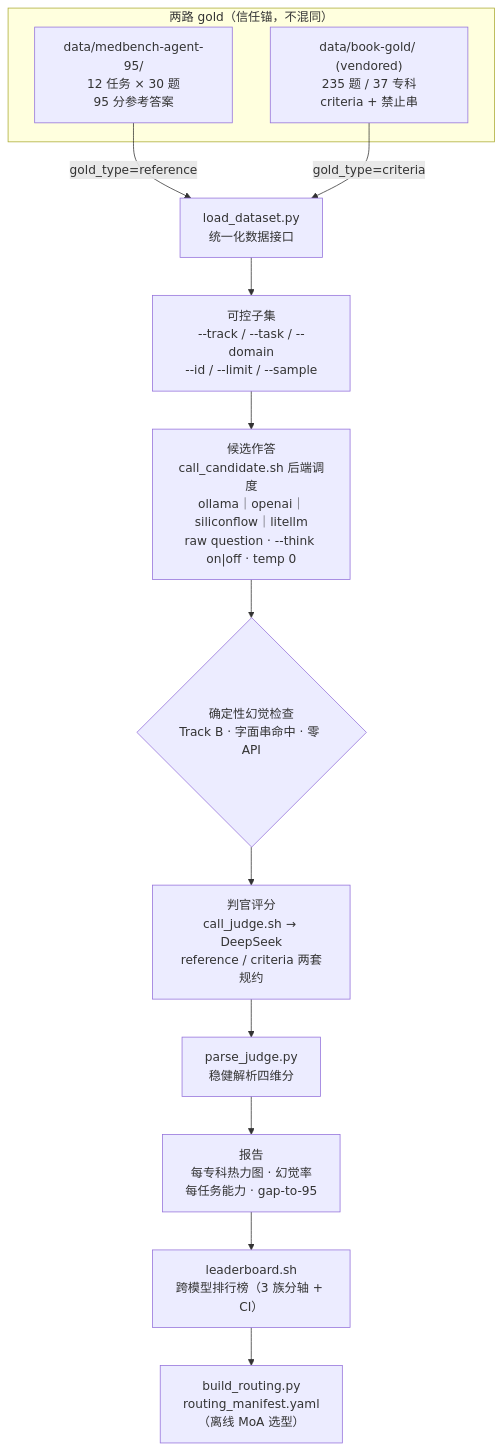
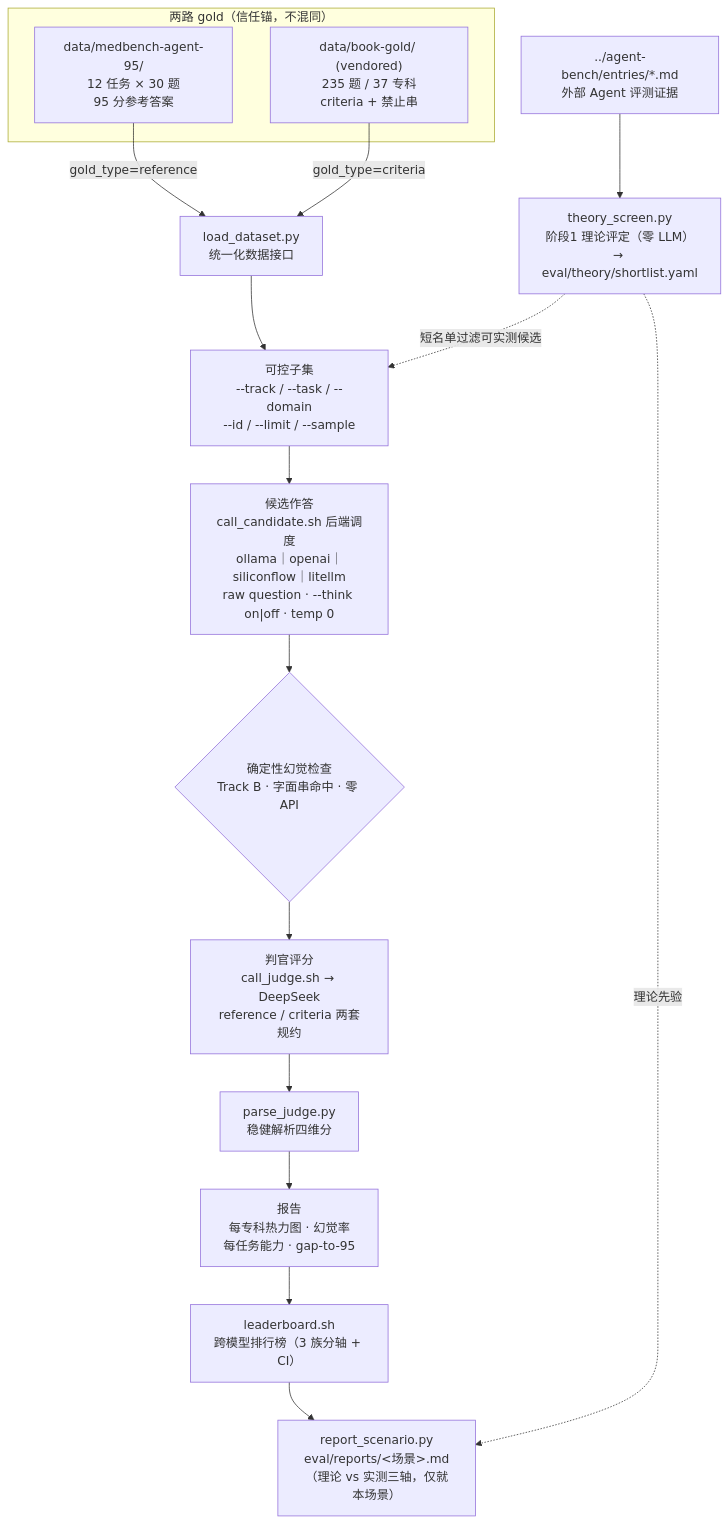
Before and after one commit to chenhaodev/med-agent-verifier: the diagram in README.md, drawn with Mermaid. The commit also changed other lines of this file and 17 other files, not shown here.

````diff
--- a/README.md
+++ b/README.md
@@ -223,17 +233,20 @@
 ```mermaid
 flowchart TB
     subgraph GOLD["两路 gold（信任锚，不混同）"]
         A["data/medbench-agent-95/<br/>12 任务 × 30 题<br/>95 分参考答案"]
         B["data/book-gold/ (vendored)<br/>235 题 / 37 专科<br/>criteria + 禁止串"]
     end
     A -->|gold_type=reference| L["load_dataset.py<br/>统一化数据接口"]
     B -->|gold_type=criteria| L
     L --> SEL["可控子集<br/>--track / --task / --domain<br/>--id / --limit / --sample"]
     SEL --> RUN["候选作答<br/>call_candidate.sh 后端调度<br/>ollama｜openai｜siliconflow｜litellm<br/>raw question · --think on|off · temp 0"]
     RUN --> HC{"确定性幻觉检查<br/>Track B · 字面串命中 · 零 API"}
     HC --> JUDGE["判官评分<br/>call_judge.sh → DeepSeek<br/>reference / criteria 两套规约"]
     JUDGE --> PARSE["parse_judge.py<br/>稳健解析四维分"]
     PARSE --> REP["报告<br/>每专科热力图 · 幻觉率<br/>每任务能力 · gap-to-95"]
+    AB["../agent-bench/entries/*.md<br/>外部 Agent 评测证据"] --> TH["theory_screen.py<br/>阶段1 理论评定（零 LLM）<br/>→ eval/theory/shortlist.yaml"]
+    TH -.->|短名单过滤可实测候选| SEL
     REP --> LB["leaderboard.sh<br/>跨模型排行榜（3 族分轴 + CI）"]
-    LB --> RM["build_routing.py<br/>routing_manifest.yaml<br/>（离线 MoA 选型）"]
+    LB --> REP2["report_scenario.py<br/>eval/reports/&lt;场景&gt;.md<br/>（理论 vs 实测三轴，仅就本场景）"]
+    TH -.->|理论先验| REP2
 ```
````
